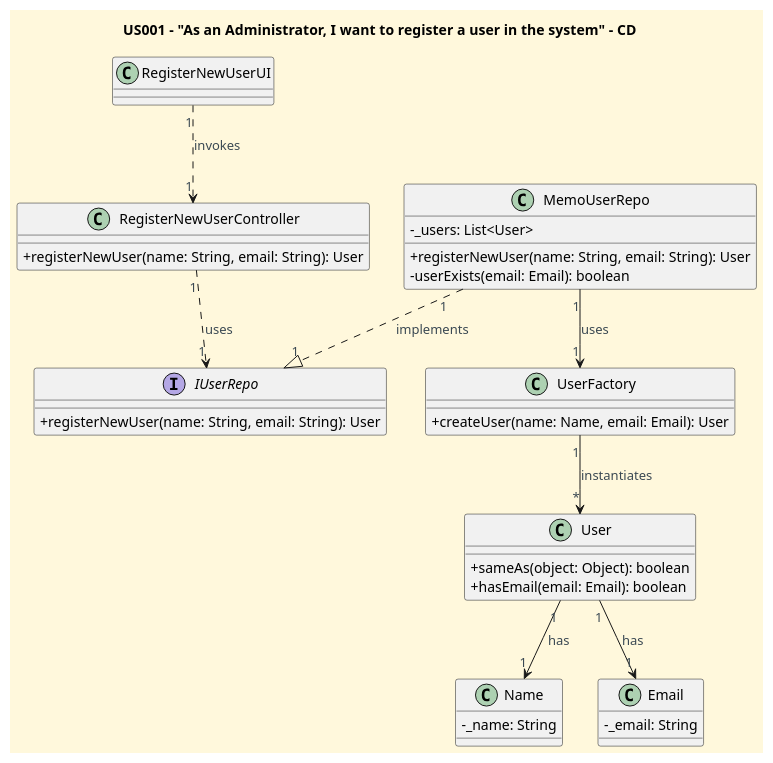
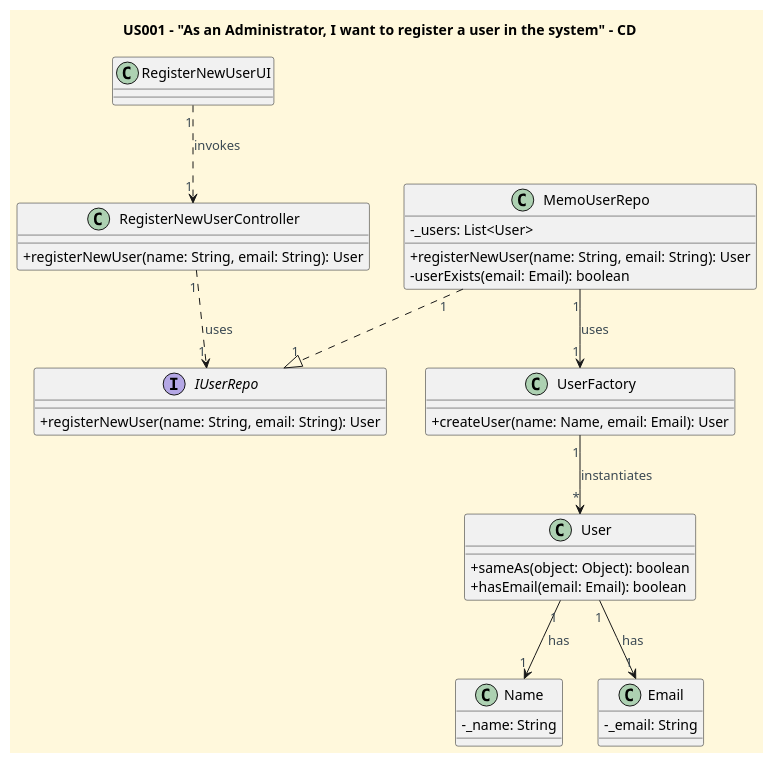
Before and after one commit to CarolinaLeite-collab/JavaMarketplacePlatform: the diagram in docs/userStories/US001/US001_register_user_CD.puml, drawn with PlantUML. The commit also changed 1 other file, not shown here.

```diff
--- a/docs/userStories/US001/US001_register_user_CD.puml
+++ b/docs/userStories/US001/US001_register_user_CD.puml
@@ -1,59 +1,59 @@
 @startuml
 title US001 - "As an Administrator, I want to register a user in the system" - CD
 
 skinparam monochrome false
 skinparam shadowing false
 skinparam defaultFontName Futura
 skinparam objectFontSize 20
 skinparam backgroundColor CornSilk
 skinparam objectBackgroundColor WhiteSmoke
 skinparam noteBackgroundColor #FFFFE0
 skinparam ArrowFontColor #3B4953
 skinparam ActivationBackgroundColor black
 skinparam classAttributeIconSize 0
 
 class RegisterNewUserUI
 
 class RegisterNewUserController {
   + registerNewUser(name: String, email: String): User
 }
 
 Interface IUserRepo {
   + registerNewUser(name: String, email: String): User
 }
 
 class MemoUserRepo{
 - _users: List<User>
   + registerNewUser(name: String, email: String): User
   - userExists(email: Email): boolean
 }
 
 class UserFactory {
   + createUser(name: Name, email: Email): User
 }
 
 class User {
 + sameAs(object: Object): boolean
 +hasEmail(email: Email): boolean
 
 }
 
 class Name {
   - _name: String
 }
 
 class Email {
   - _email: String
 }
 
 ' === RELAÇÕES ===
 
 RegisterNewUserUI "1" ..> "1" RegisterNewUserController : invokes
 RegisterNewUserController "1" ..> "1" IUserRepo : uses
-MemoUserRepo "1" ..|> "1" IUserRepo : implements
+MemoUserRepo "1" ..|> "1" IUserRepo
 MemoUserRepo "1" --> "1" UserFactory : uses
 UserFactory "1" --> "*" User : instantiates
 User "1" --> "1" Name : has
 User "1" --> "1" Email : has
 
 @enduml
```
